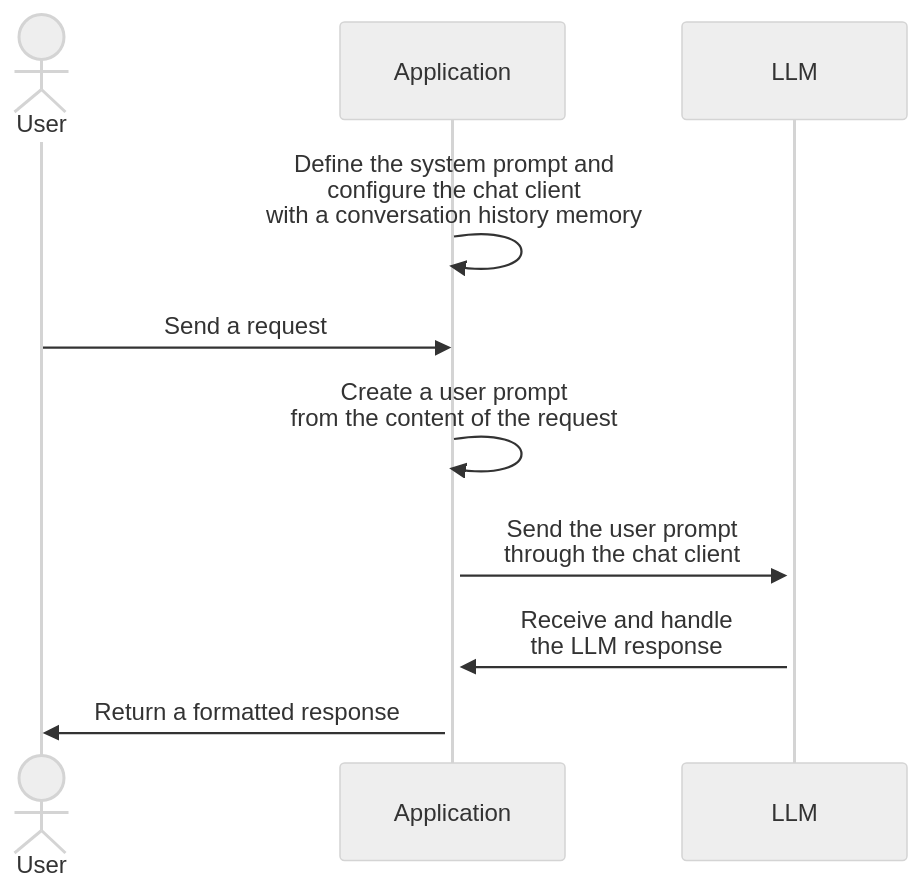
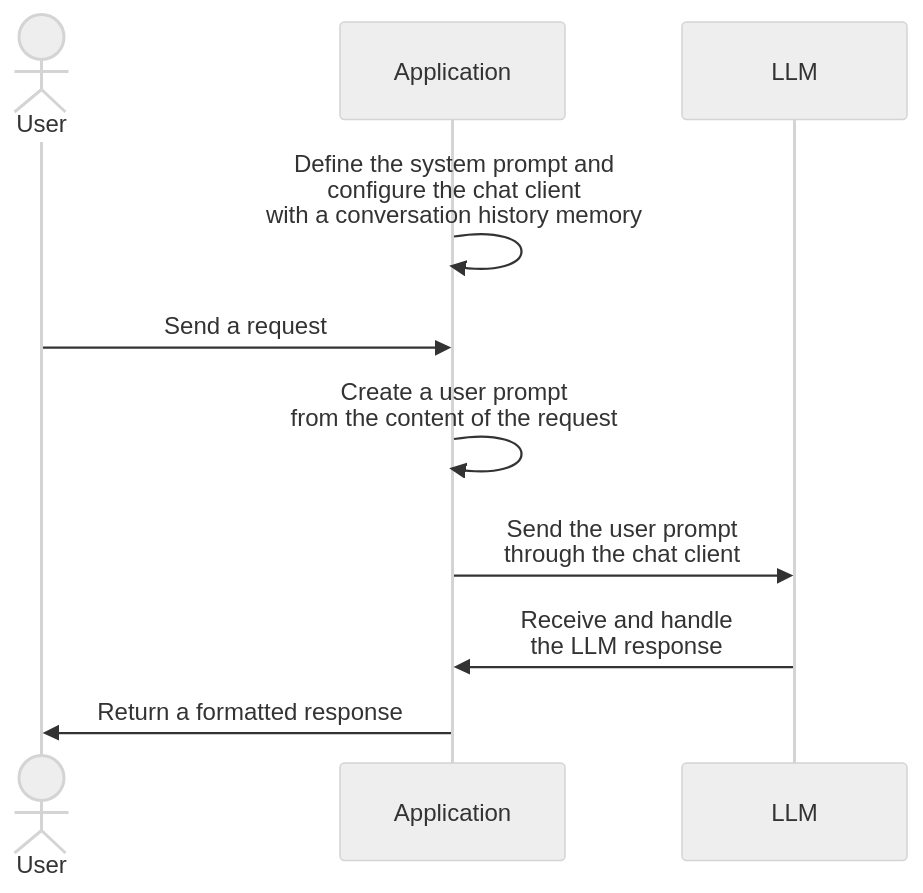
Before and after one commit to righettod/poc-llm: the diagram in poc00/README.md, drawn with Mermaid (neutral theme). The commit also changed 5 other files, not shown here.

````diff
--- a/poc00/README.md
+++ b/poc00/README.md
@@ -7,12 +7,12 @@
 ```mermaid
 sequenceDiagram
     actor U as User
     participant A as Application
     participant L as LLM
     A->>A: Define the system prompt and<br/>configure the chat client<br/>with a conversation history memory
     U->>A: Send a request
-    A->>+A: Create a user prompt<br/>from the content of the request
-    A->>+L: Send the user prompt<br/>through the chat client
-    L->>+A: Receive and handle<br/>the LLM response
+    A->>A: Create a user prompt<br/>from the content of the request
+    A->>L: Send the user prompt<br/>through the chat client
+    L->>A: Receive and handle<br/>the LLM response
     A->>U: Return a formatted response
 ```
````
